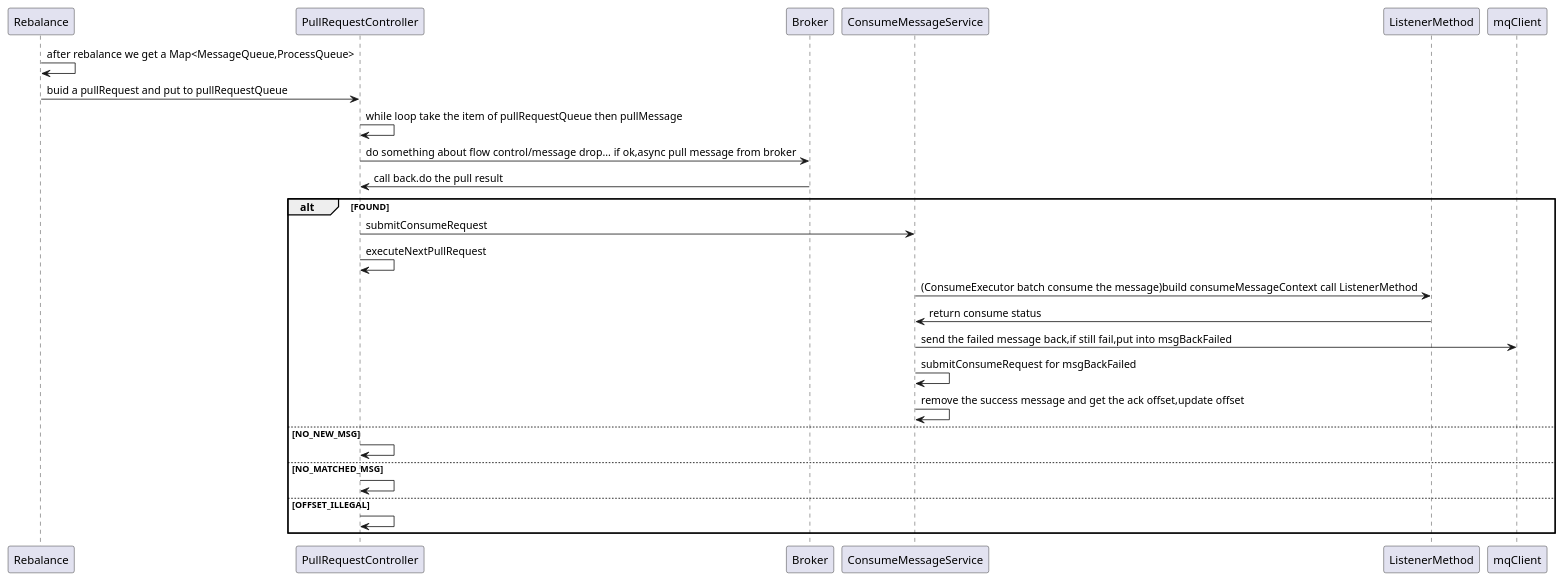
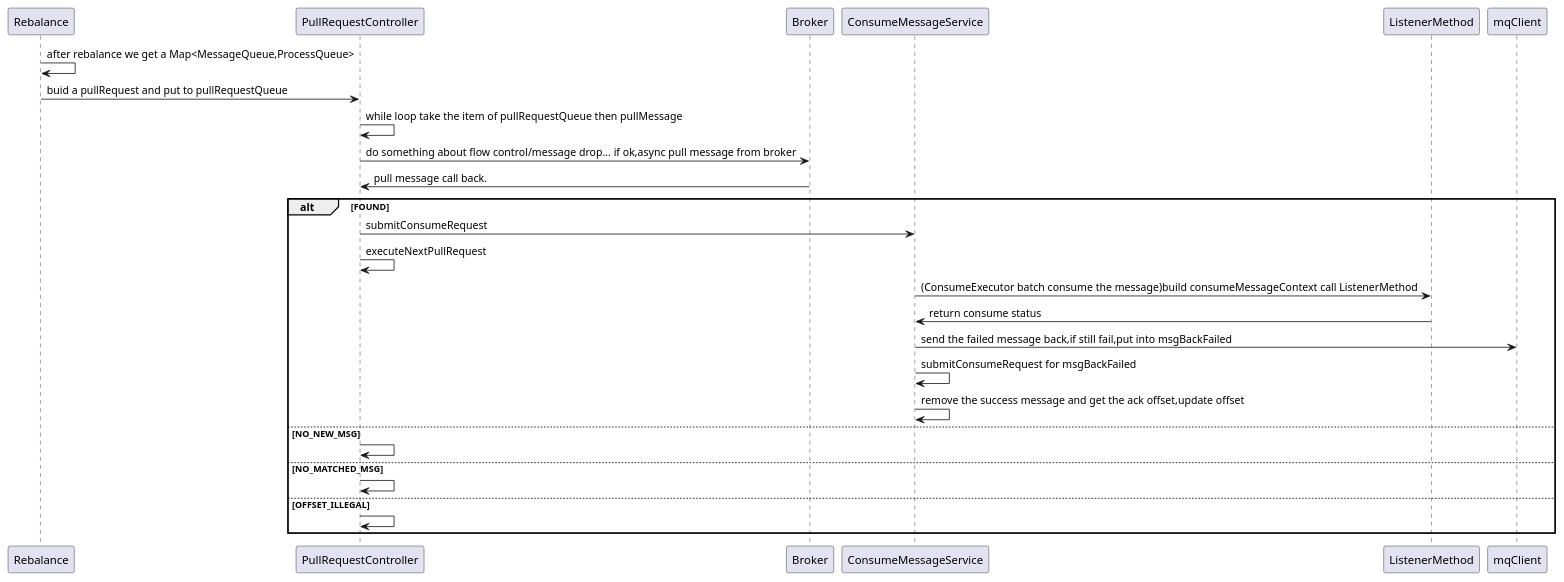
One commit to apache/rocketmq-externals changed the diagram in rocketmq-go/docs/pull-message-timing-diagram.puml. Above: the diagram before and after it, drawn with PlantUML.

Commit message:
pull message call back

```diff
--- a/rocketmq-go/docs/pull-message-timing-diagram.puml
+++ b/rocketmq-go/docs/pull-message-timing-diagram.puml
@@ -1,27 +1,27 @@
 @startuml
 Rebalance ->Rebalance:after rebalance we get a Map<MessageQueue,ProcessQueue>
 Rebalance -> PullRequestController :  buid a pullRequest and put to pullRequestQueue
 PullRequestController -> PullRequestController : while loop take the item of pullRequestQueue then pullMessage
 PullRequestController->Broker:do something about flow control/message drop... if ok,async pull message from broker
-Broker ->PullRequestController:call back.do the pull result
+Broker ->PullRequestController:pull message call back.
 alt FOUND
 PullRequestController->ConsumeMessageService:submitConsumeRequest
 PullRequestController->PullRequestController:executeNextPullRequest
 ConsumeMessageService->ListenerMethod:(ConsumeExecutor batch consume the message)build consumeMessageContext call ListenerMethod
 ListenerMethod->ConsumeMessageService:return consume status
 'alt CONSUME_SUCCESS
 'ConsumeMessageService->ConsumeMessageService:
 'else RECONSUME_LATER
 'end
 ConsumeMessageService->mqClient:send the failed message back,if still fail,put into msgBackFailed
 ConsumeMessageService->ConsumeMessageService:submitConsumeRequest for msgBackFailed
 
 ConsumeMessageService->ConsumeMessageService:remove the success message and get the ack offset,update offset
 else NO_NEW_MSG
 PullRequestController->PullRequestController
 else NO_MATCHED_MSG
 PullRequestController->PullRequestController
 else OFFSET_ILLEGAL
 PullRequestController->PullRequestController
 end
 @enduml
```
